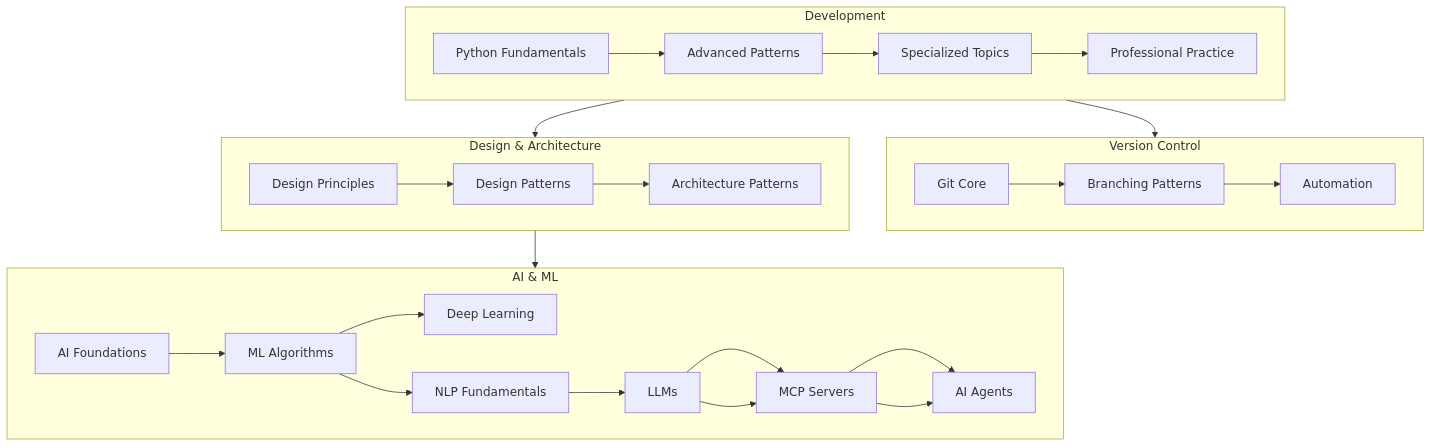
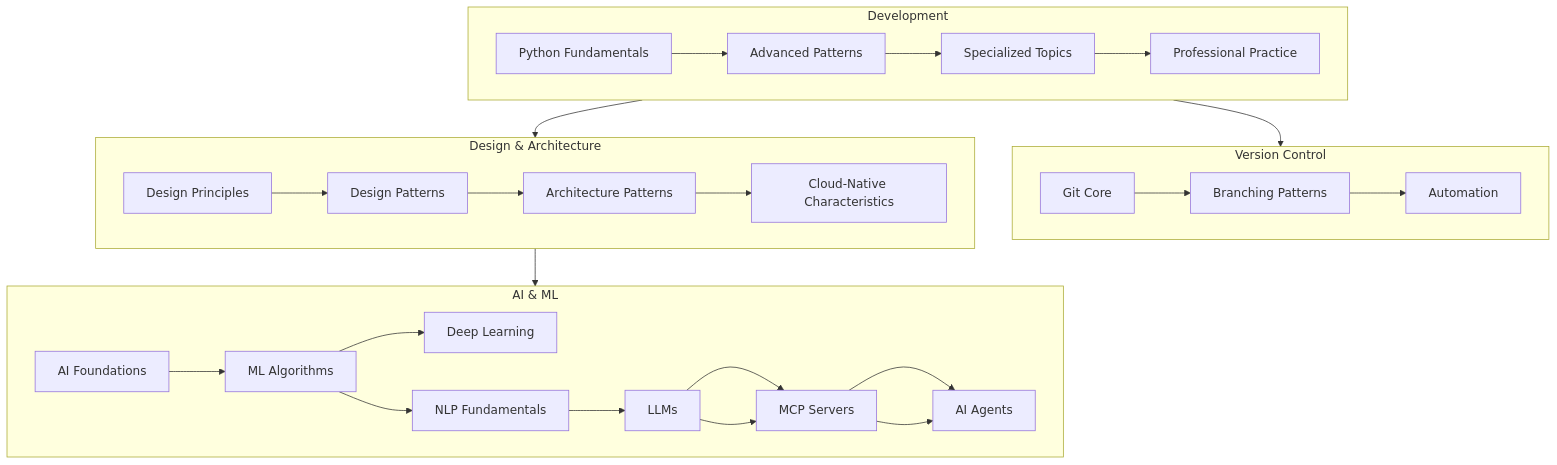
Before and after one commit to Swamy-s-Tech-Skills-Academy/swamy-tech-skills-academy-main: the diagram in 03_ReferenceLibrary/INDEX.md, drawn with Mermaid. The commit also changed other lines of this file and 15 other files, not shown here.

````diff
--- a/03_ReferenceLibrary/INDEX.md
+++ b/03_ReferenceLibrary/INDEX.md
@@ -41,35 +41,35 @@
 ```mermaid
 flowchart TB
 
 %% Row 1: Development progression
 subgraph Row1[Development]
        direction LR
        PYF[Python Fundamentals] --> PYA[Advanced Patterns] --> PYS[Specialized Topics] --> PYP[Professional Practice]
 end
 
 %% Row 2: Version Control
 subgraph Row2[Version Control]
        direction LR
        GITC[Git Core] --> GITB[Branching Patterns] --> GITA[Automation]
 end
 
 %% Row 3: Design & Architecture
 subgraph Row3[Design & Architecture]
        direction LR
-       DESP[Design Principles] --> DESD[Design Patterns] --> DESA[Architecture Patterns]
+       DESP[Design Principles] --> DESD[Design Patterns] --> DESA[Architecture Patterns] --> CNAT[Cloud‑Native Characteristics]
 end
 
 %% Row 4: AI & ML Path
 subgraph Row4[AI & ML]
        direction LR
        AIF[AI Foundations] --> MLALG[ML Algorithms] --> DNN[Deep Learning]
        NLPF[NLP Fundamentals] --> LLM[LLMs] --> MCP[MCP Servers] --> AGT[AI Agents]
 end
 
 %% Cross-row dependencies
 PYF --> GITC
 PYF --> DESP
 DESA --> AIF
 MLALG --> NLPF
 LLM --> MCP --> AGT
 ```
````
